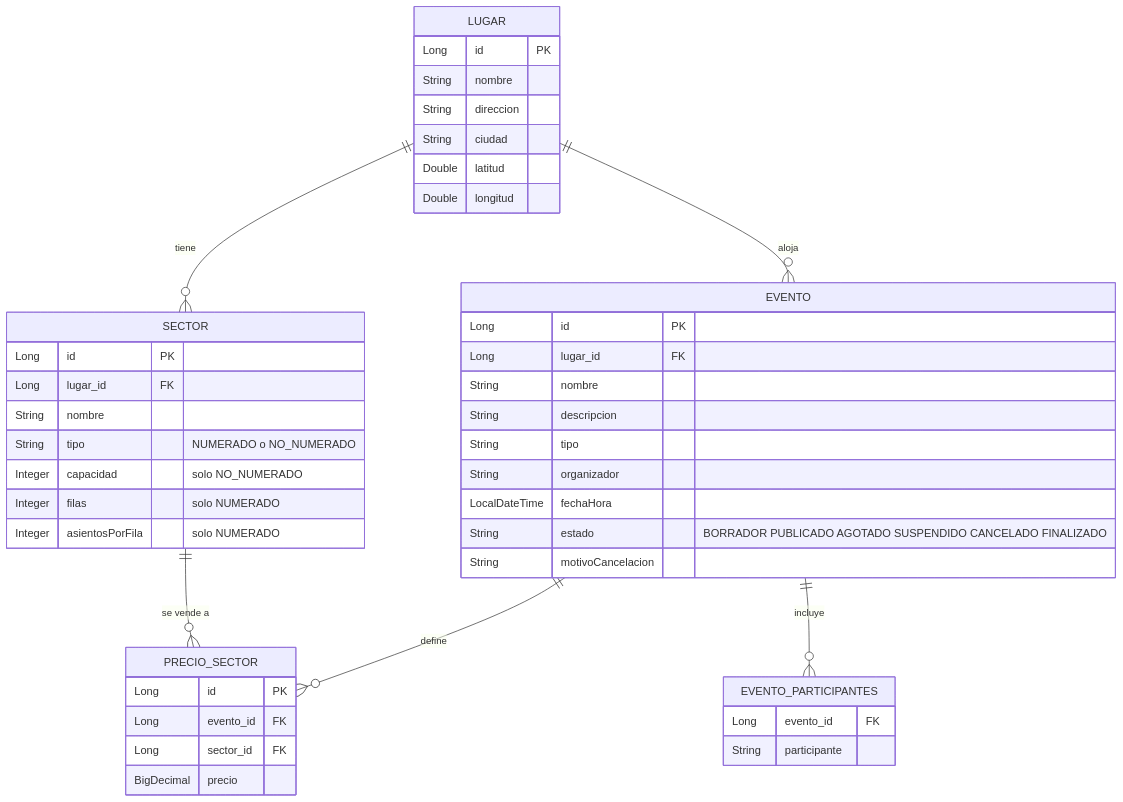
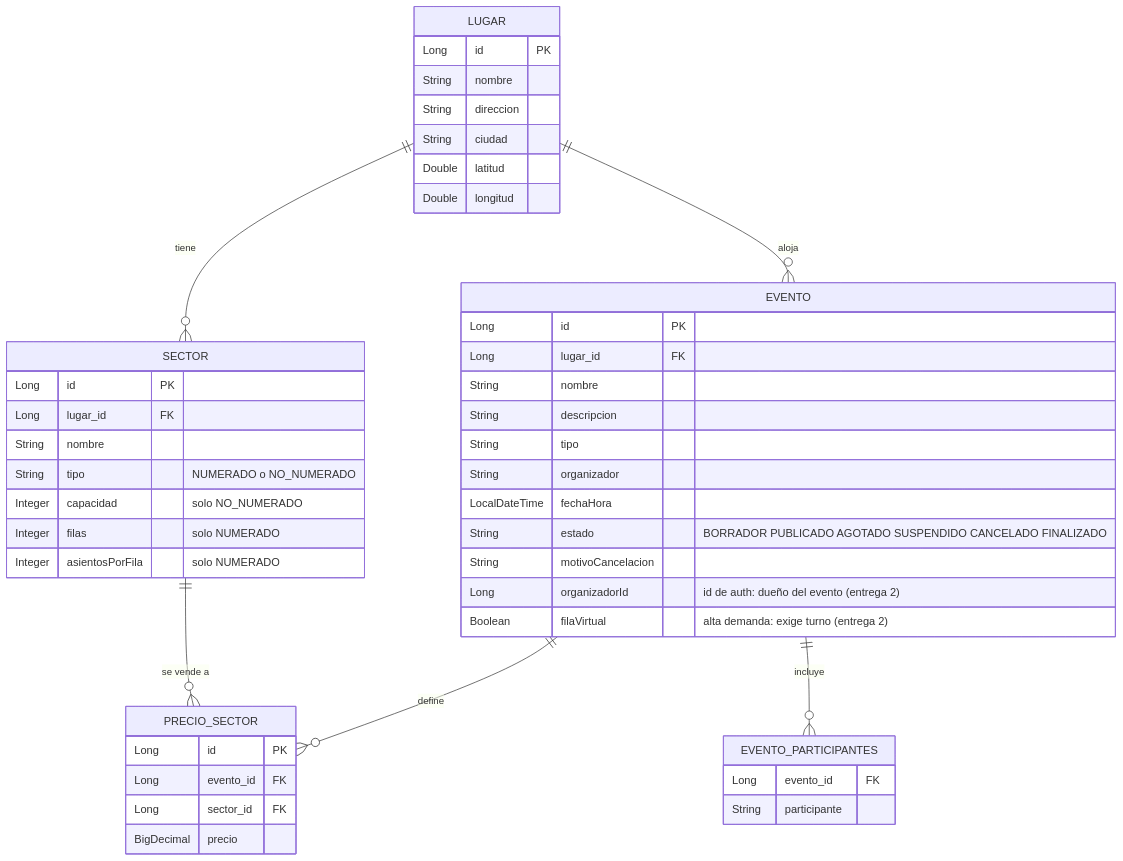
One commit to JonathanUgarte/Arquitecturas-Web-Grupo2 changed the first of 3 diagrams in EntregasTpEspecial/docs/04-modelo-de-datos.md. Above: the diagram before and after it, drawn with Mermaid. The commit also changed other lines of this file and 35 other files, not shown here.

Commit message:
control de acceso con QR, reportes para organizadores y fila virtual con Redis

````diff
--- a/EntregasTpEspecial/docs/04-modelo-de-datos.md
+++ b/EntregasTpEspecial/docs/04-modelo-de-datos.md
@@ -8,47 +8,49 @@
 ```mermaid
 erDiagram
     LUGAR ||--o{ SECTOR : "tiene"
     LUGAR ||--o{ EVENTO : "aloja"
     EVENTO ||--o{ PRECIO_SECTOR : "define"
     SECTOR ||--o{ PRECIO_SECTOR : "se vende a"
     EVENTO ||--o{ EVENTO_PARTICIPANTES : "incluye"
 
     LUGAR {
         Long id PK
         String nombre
         String direccion
         String ciudad
         Double latitud
         Double longitud
     }
     SECTOR {
         Long id PK
         Long lugar_id FK
         String nombre
         String tipo "NUMERADO o NO_NUMERADO"
         Integer capacidad "solo NO_NUMERADO"
         Integer filas "solo NUMERADO"
         Integer asientosPorFila "solo NUMERADO"
     }
     EVENTO {
         Long id PK
         Long lugar_id FK
         String nombre
         String descripcion
         String tipo
         String organizador
         LocalDateTime fechaHora
         String estado "BORRADOR PUBLICADO AGOTADO SUSPENDIDO CANCELADO FINALIZADO"
         String motivoCancelacion
+        Long organizadorId "id de auth: dueño del evento (entrega 2)"
+        Boolean filaVirtual "alta demanda: exige turno (entrega 2)"
     }
     PRECIO_SECTOR {
         Long id PK
         Long evento_id FK
         Long sector_id FK
         BigDecimal precio
     }
     EVENTO_PARTICIPANTES {
         Long evento_id FK
         String participante
     }
 ```
````
